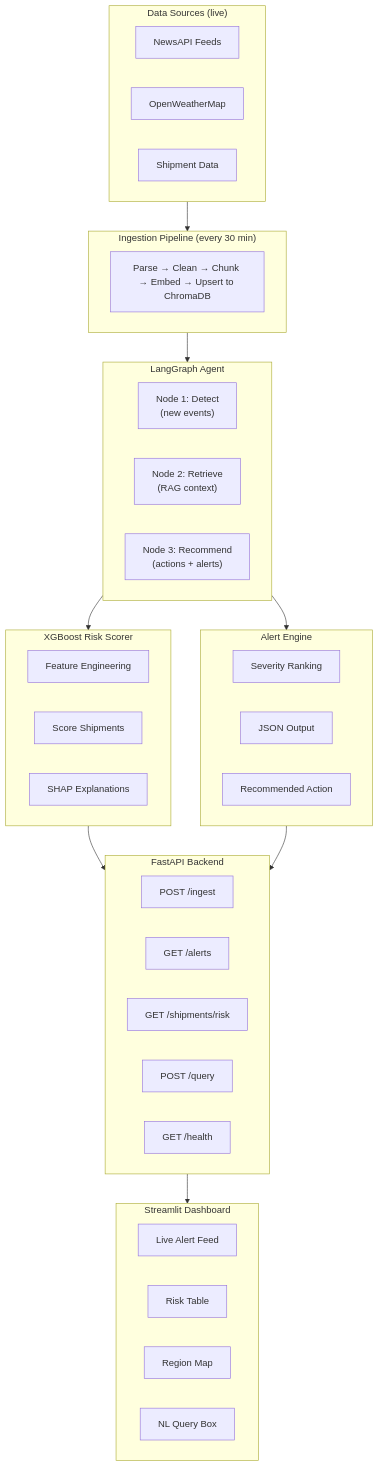
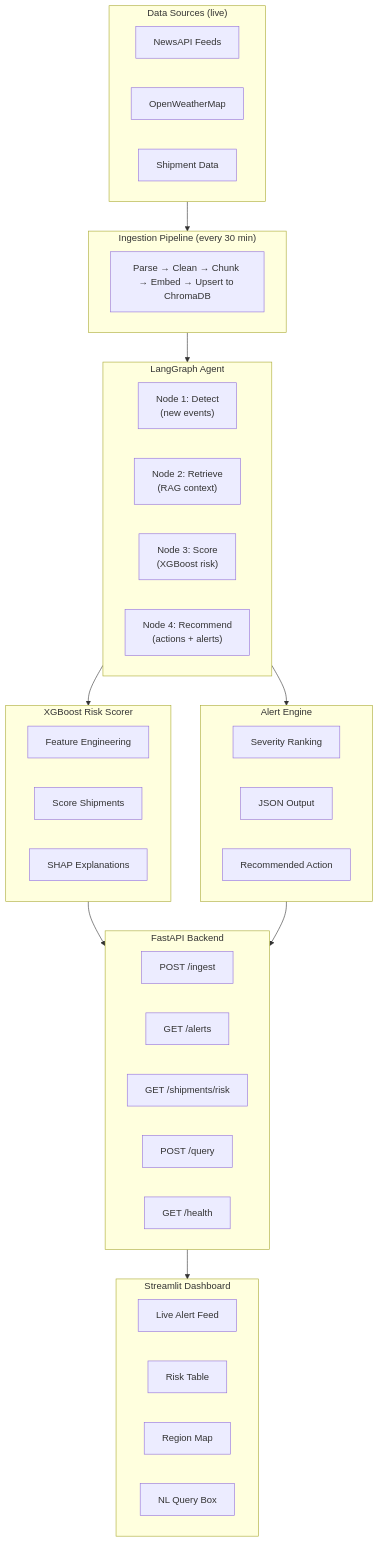
Before and after one commit to rajan0860/freightiq: the diagram in README.md, drawn with Mermaid. The commit also changed other lines of this file and 1 other file, not shown here.

````diff
--- a/README.md
+++ b/README.md
@@ -68,52 +68,53 @@
 ```mermaid
 flowchart TB
     subgraph Sources["Data Sources (live)"]
         NEWS[NewsAPI Feeds]
         WEATHER[OpenWeatherMap]
         SHIPMENT[Shipment Data]
     end
 
     subgraph Ingestion["Ingestion Pipeline (every 30 min)"]
         PARSE["Parse → Clean → Chunk → Embed → Upsert to ChromaDB"]
     end
 
     subgraph Agent["LangGraph Agent"]
         DETECT["Node 1: Detect\n(new events)"]
         RETRIEVE["Node 2: Retrieve\n(RAG context)"]
-        RECOMMEND["Node 3: Recommend\n(actions + alerts)"]
+        SCORE_NODE["Node 3: Score\n(XGBoost risk)"]
+        RECOMMEND["Node 4: Recommend\n(actions + alerts)"]
     end
 
     subgraph Scoring["XGBoost Risk Scorer"]
         FE["Feature Engineering"]
         SCORE["Score Shipments"]
         SHAP["SHAP Explanations"]
     end
 
     subgraph Alerts["Alert Engine"]
         RANK["Severity Ranking"]
         JSON["JSON Output"]
         ACTION["Recommended Action"]
     end
 
     subgraph API["FastAPI Backend"]
         INGEST_EP["POST /ingest"]
         ALERTS_EP["GET /alerts"]
         RISK_EP["GET /shipments/risk"]
         QUERY_EP["POST /query"]
         HEALTH_EP["GET /health"]
     end
 
     subgraph Dashboard["Streamlit Dashboard"]
         FEED["Live Alert Feed"]
         TABLE["Risk Table"]
         MAP["Region Map"]
         NL["NL Query Box"]
     end
 
     Sources --> Ingestion --> Agent
     Agent --> Scoring
     Agent --> Alerts
     Scoring --> API
     Alerts --> API
     API --> Dashboard
 ```
````
